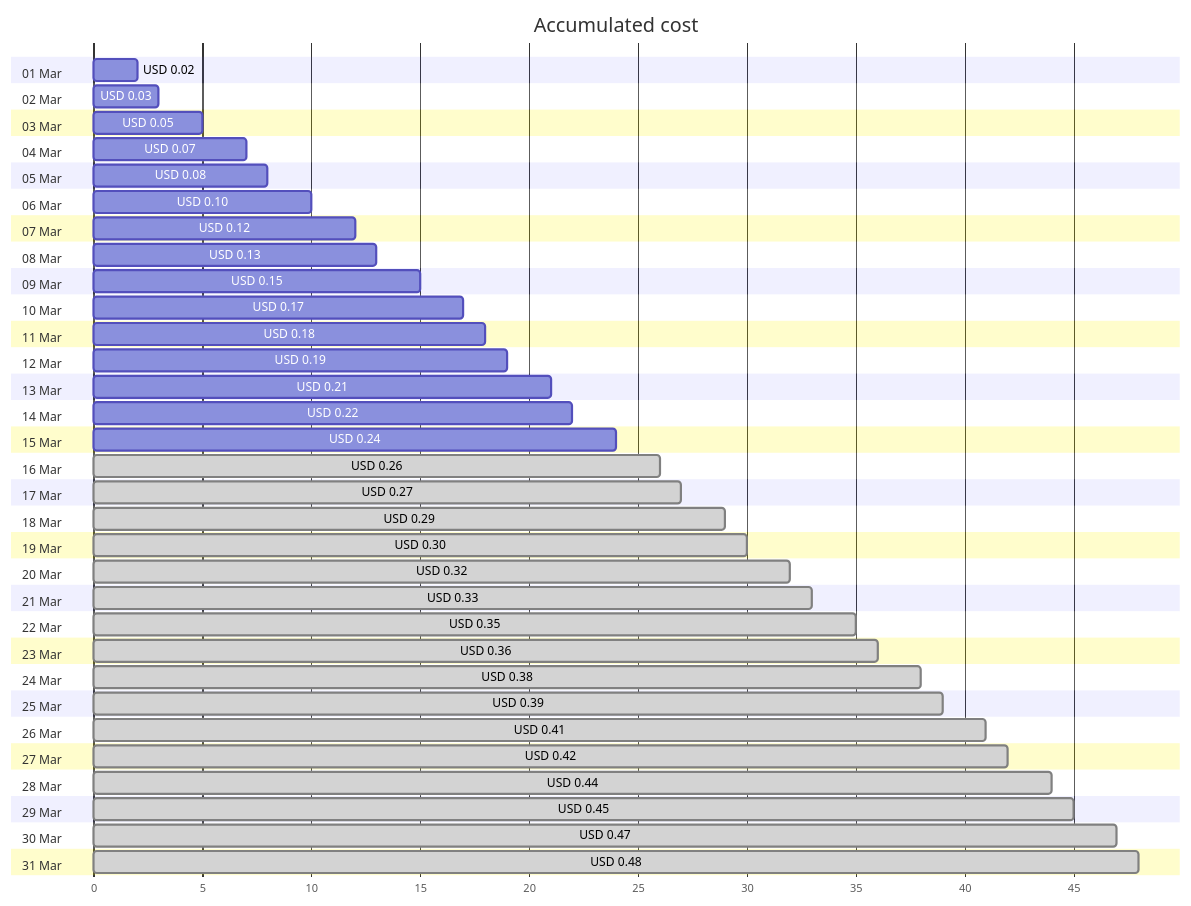
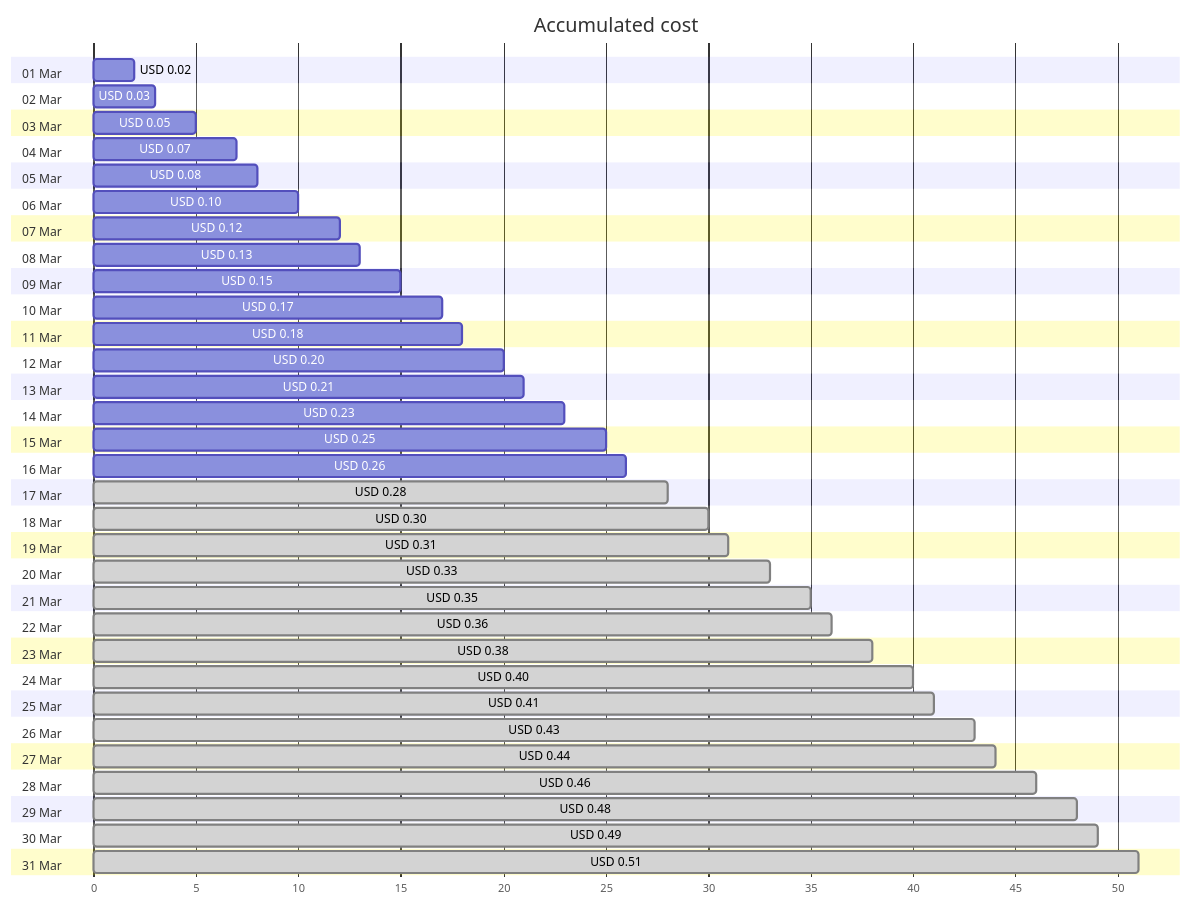
The first of 4 diagrams in cost-reports/personal-dns/jpatrickfulton.dev.md (jpfulton/azure-personal-reports), drawn with Mermaid before and after one commit. The commit also changed other lines of this file and 2 other files, not shown here.

Commit message:
Generated reports [skip ci]

````diff
--- a/cost-reports/personal-dns/jpatrickfulton.dev.md
+++ b/cost-reports/personal-dns/jpatrickfulton.dev.md
@@ -20,68 +20,68 @@
 ```mermaid
 gantt
    title Accumulated cost
    dateFormat  X
    axisFormat %s
    section 01 Mar
    USD 0.02 :0, 2
    section 02 Mar
    USD 0.03 :0, 3
    section 03 Mar
    USD 0.05 :0, 5
    section 04 Mar
    USD 0.07 :0, 7
    section 05 Mar
    USD 0.08 :0, 8
    section 06 Mar
    USD 0.10 :0, 10
    section 07 Mar
    USD 0.12 :0, 12
    section 08 Mar
    USD 0.13 :0, 13
    section 09 Mar
    USD 0.15 :0, 15
    section 10 Mar
    USD 0.17 :0, 17
    section 11 Mar
    USD 0.18 :0, 18
    section 12 Mar
-   USD 0.19 :0, 19
+   USD 0.20 :0, 20
    section 13 Mar
    USD 0.21 :0, 21
    section 14 Mar
-   USD 0.22 :0, 22
+   USD 0.23 :0, 23
    section 15 Mar
-   USD 0.24 :0, 24
+   USD 0.25 :0, 25
    section 16 Mar
-   USD 0.26 : done, 0, 26
+   USD 0.26 :0, 26
    section 17 Mar
-   USD 0.27 : done, 0, 27
+   USD 0.28 : done, 0, 28
    section 18 Mar
-   USD 0.29 : done, 0, 29
+   USD 0.30 : done, 0, 30
    section 19 Mar
-   USD 0.30 : done, 0, 30
+   USD 0.31 : done, 0, 31
    section 20 Mar
-   USD 0.32 : done, 0, 32
+   USD 0.33 : done, 0, 33
    section 21 Mar
-   USD 0.33 : done, 0, 33
+   USD 0.35 : done, 0, 35
    section 22 Mar
-   USD 0.35 : done, 0, 35
+   USD 0.36 : done, 0, 36
    section 23 Mar
-   USD 0.36 : done, 0, 36
+   USD 0.38 : done, 0, 38
    section 24 Mar
-   USD 0.38 : done, 0, 38
+   USD 0.40 : done, 0, 40
    section 25 Mar
-   USD 0.39 : done, 0, 39
+   USD 0.41 : done, 0, 41
    section 26 Mar
-   USD 0.41 : done, 0, 41
+   USD 0.43 : done, 0, 43
    section 27 Mar
-   USD 0.42 : done, 0, 42
+   USD 0.44 : done, 0, 44
    section 28 Mar
-   USD 0.44 : done, 0, 44
+   USD 0.46 : done, 0, 46
    section 29 Mar
-   USD 0.45 : done, 0, 45
+   USD 0.48 : done, 0, 48
    section 30 Mar
-   USD 0.47 : done, 0, 47
+   USD 0.49 : done, 0, 49
    section 31 Mar
-   USD 0.48 : done, 0, 48
+   USD 0.51 : done, 0, 51
 ```
````
